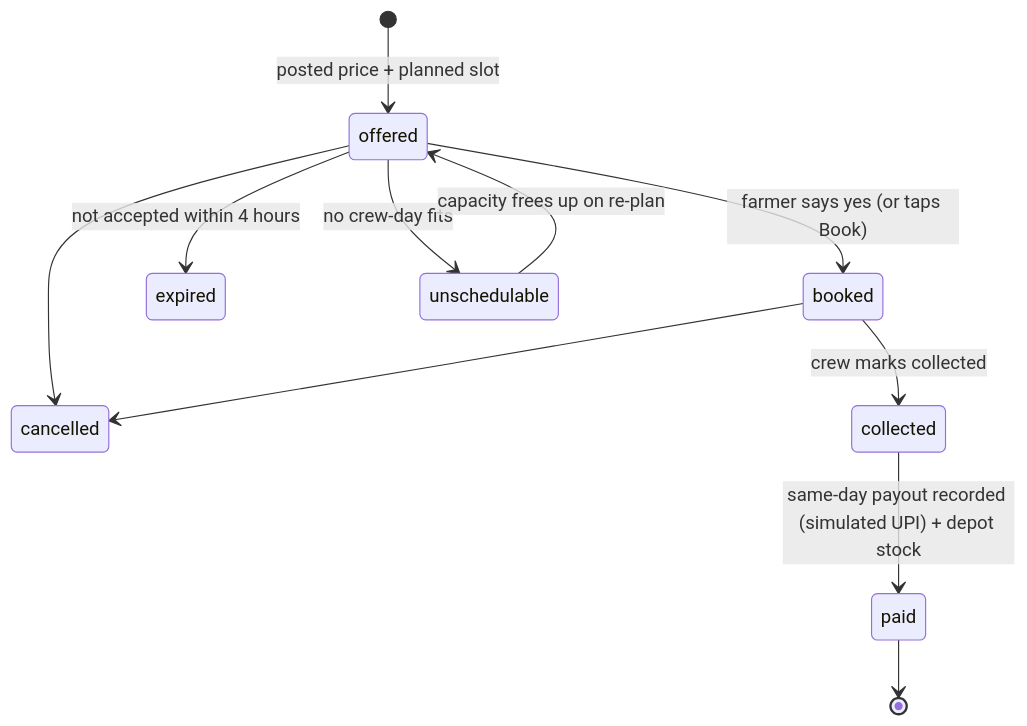
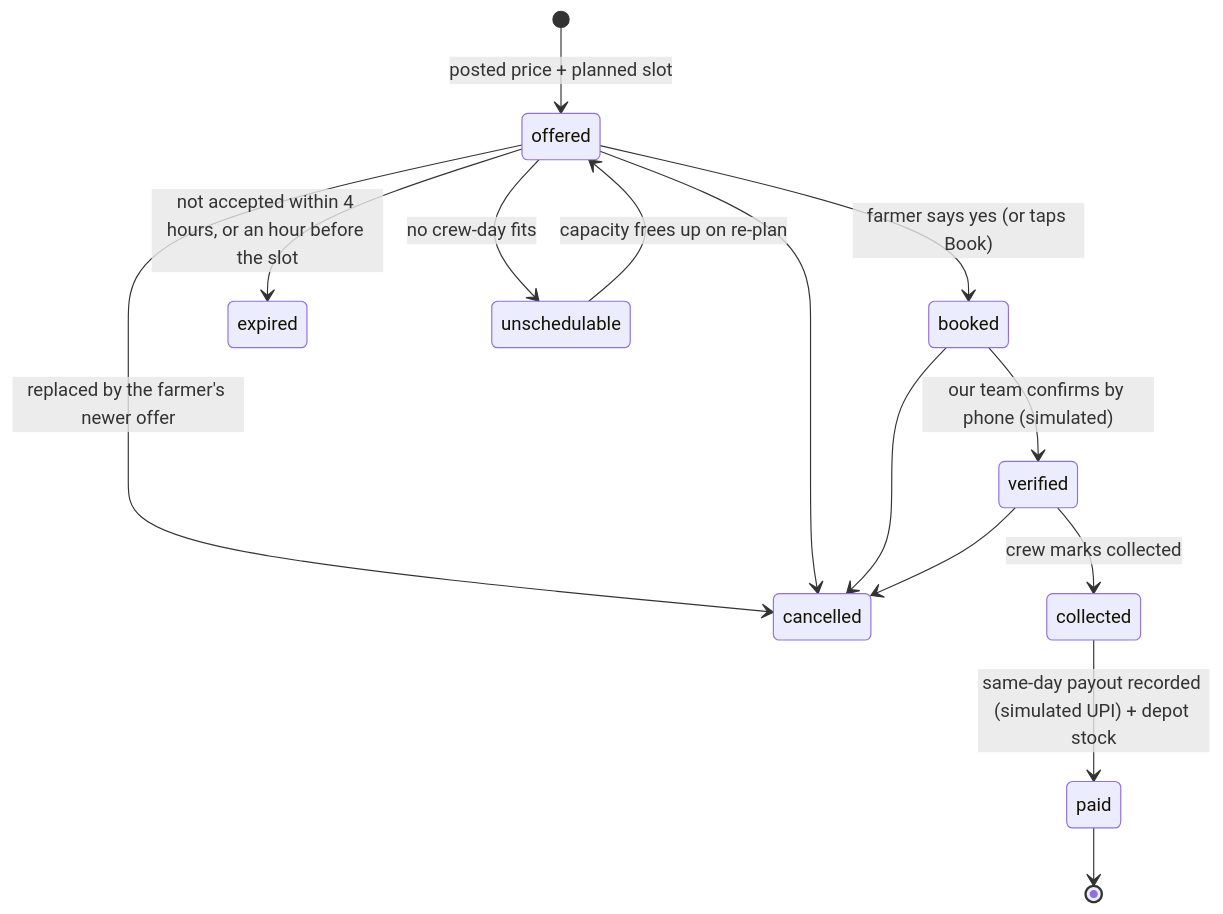
The fourth of 4 diagrams in docs/ARCHITECTURE.md (PeepSheep99/parali-setu), drawn with Mermaid before and after one commit. The commit also changed other lines of this file and 5 other files, not shown here.

First line of the commit message:
Docs: new architecture and booking-flow diagrams (Lucid), README for 2.1

````diff
--- a/docs/ARCHITECTURE.md
+++ b/docs/ARCHITECTURE.md
@@ -139,13 +167,16 @@
 ```mermaid
 stateDiagram-v2
   [*] --> offered: posted price + planned slot
   offered --> booked: farmer says yes (or taps Book)
-  offered --> expired: not accepted within 4 hours
+  offered --> expired: not accepted within 4 hours, or an hour before the slot
+  offered --> cancelled: replaced by the farmer's newer offer
   offered --> unschedulable: no crew-day fits
   unschedulable --> offered: capacity frees up on re-plan
   offered --> cancelled
   booked --> cancelled
-  booked --> collected: crew marks collected
+  booked --> verified: our team confirms by phone (simulated)
+  verified --> cancelled
+  verified --> collected: crew marks collected
   collected --> paid: same-day payout recorded (simulated UPI) + depot stock
   paid --> [*]
 ```
````
